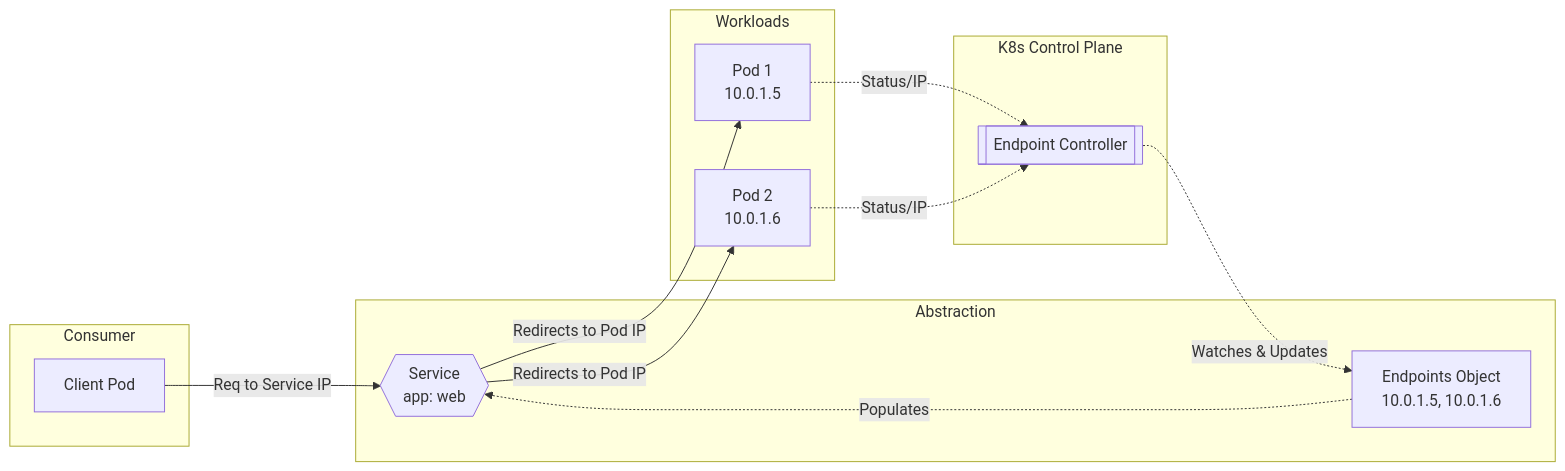
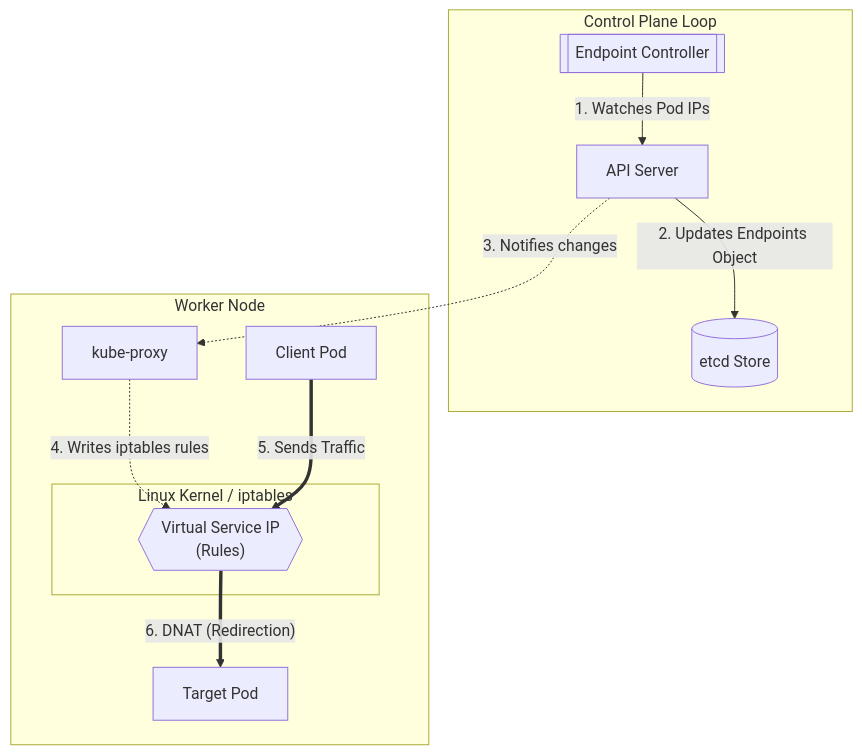
Before and after one commit to Aravind-devops-1/devops_ganesh: the ninth of 9 diagrams in 04-networking/04.01-Networking_Intro.md, drawn with Mermaid. The commit also changed other lines of this file, not shown here.

````diff
--- a/04-networking/04.01-Networking_Intro.md
+++ b/04-networking/04.01-Networking_Intro.md
@@ -406,31 +431,36 @@
 ```mermaid
-graph LR
-    subgraph ClientSpace [Consumer]
-        C[Client Pod]
+graph TD
+    %% 1. The Control Plane (The Brain)
+    subgraph ControlPlane [Control Plane Loop]
+        API[API Server]
+        EC[[Endpoint Controller]]
+        
+        %% Logic: Watching Pods, Updating Endpoints
+        EC -- "1. Watches Pod IPs" --> API
+        API -- "2. Updates Endpoints Object" --> ETCD[(etcd Store)]
     end
 
-    subgraph ControlPlane [K8s Control Plane]
-        EC[[Endpoint Controller]]
+    %% 2. The Node Level (The Muscle)
+    subgraph WorkerNode [Worker Node]
+        
+        %% The Enforcer
+        KP[kube-proxy]
+        
+        %% The Network Rules
+        subgraph NetRules [Linux Kernel / iptables]
+            VIP{{"Virtual Service IP <br/> (Rules)"}}
+        end
+        
+        %% The Workloads
+        Client[Client Pod]
+        Target[Target Pod]
     end
 
-    subgraph ServiceLayer [Abstraction]
-        S{{Service <br/> app: web}}
-        E[Endpoints Object <br/> 10.0.1.5, 10.0.1.6]
-    end
+    %% Syncing Logic
+    API -.->|"3. Notifies changes"| KP
+    KP -.->|"4. Writes iptables rules"| VIP
 
-    subgraph PodLayer [Workloads]
-        P1[Pod 1 <br/> 10.0.1.5]
-        P2[Pod 2 <br/> 10.0.1.6]
-    end
-
-    %% Data Plane (Actual Traffic)
-    C -- "Req to Service IP" --> S
-    S -- "Redirects to Pod IP" --> P1
-    S -- "Redirects to Pod IP" --> P2
-
-    %% Control Plane (Updates)
-    P1 & P2 -. "Status/IP" .-> EC
-    EC -. "Watches & Updates" .-> E
-    E -. "Populates" .-> S
-
+    %% Traffic Flow (Data Plane)
+    Client == "5. Sends Traffic" ==> VIP
+    VIP == "6. DNAT (Redirection)" ==> Target
 ```
````
